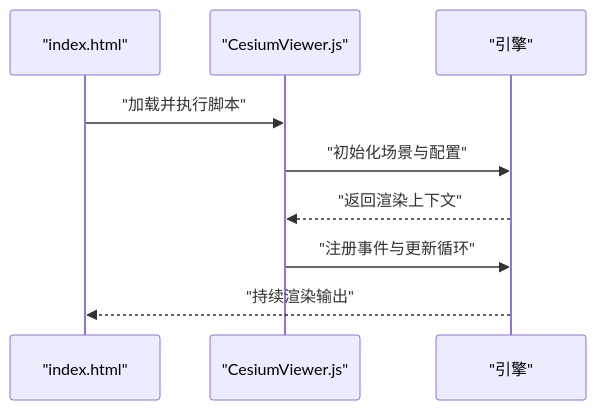
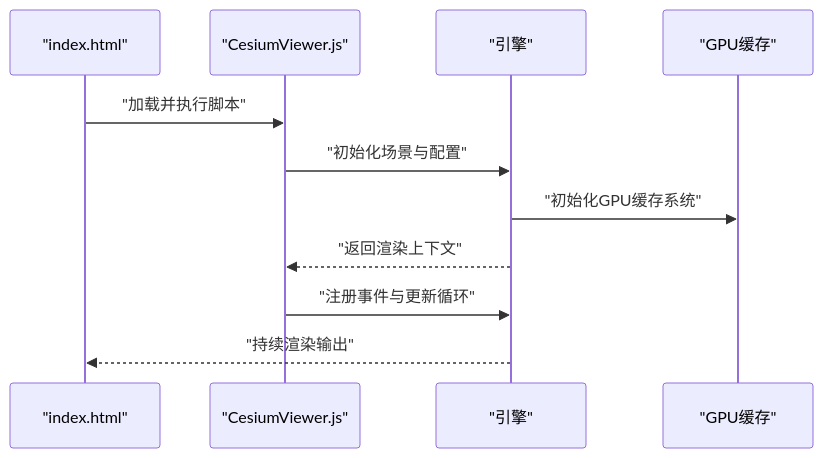
Before and after one commit to rzhangjing/cesium: diagram 12 of 13 in .qoder/repowiki/zh/content/性能优化/性能优化.md, drawn with Mermaid. The commit also changed other lines of this file and 24 other files, not shown here.

````diff
--- a/.qoder/repowiki/zh/content/性能优化/性能优化.md
+++ b/.qoder/repowiki/zh/content/性能优化/性能优化.md
@@ -337,11 +446,13 @@
 ```mermaid
 sequenceDiagram
 participant HTML as "index.html"
 participant JS as "CesiumViewer.js"
 participant Engine as "引擎"
+participant GPUCache as "GPU缓存"
 HTML->>JS : "加载并执行脚本"
 JS->>Engine : "初始化场景与配置"
+Engine->>GPUCache : "初始化GPU缓存系统"
 Engine-->>JS : "返回渲染上下文"
 JS->>Engine : "注册事件与更新循环"
 Engine-->>HTML : "持续渲染输出"
 ```
````
